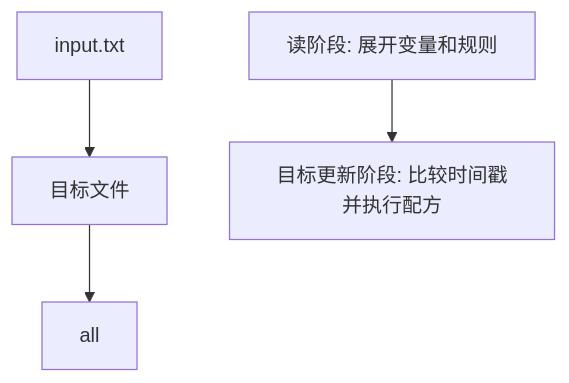
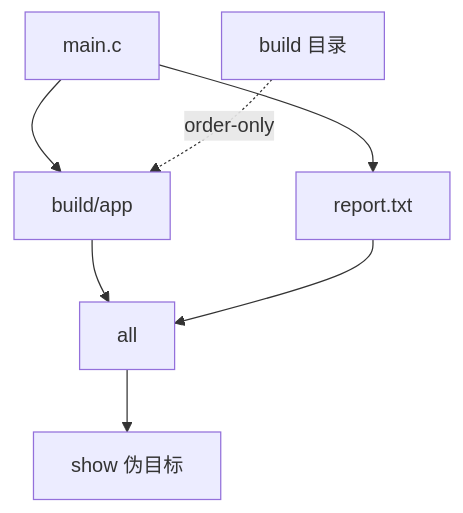
Before and after one commit to AuroraYaus/ic: the diagram in tools/concepts/Makefile规则详解.md, drawn with Mermaid. The commit also changed other lines of this file and 3 other files, not shown here.

````diff
--- a/tools/concepts/Makefile规则详解.md
+++ b/tools/concepts/Makefile规则详解.md
@@ -80,7 +94,10 @@
 ```mermaid
 %%{init: {'theme': 'default'}}%%
 flowchart TD
-    Input[input.txt] --> Target[目标文件]
-    Target --> All[all]
-    Read[读阶段: 展开变量和规则] --> Update[目标更新阶段: 比较时间戳并执行配方]
+    Main[main.c] --> App[build/app]
+    Main --> Report[report.txt]
+    Build[build 目录] -.order-only.-> App
+    App --> All[all]
+    Report --> All
+    All --> Show[show 伪目标]
 ```
````
